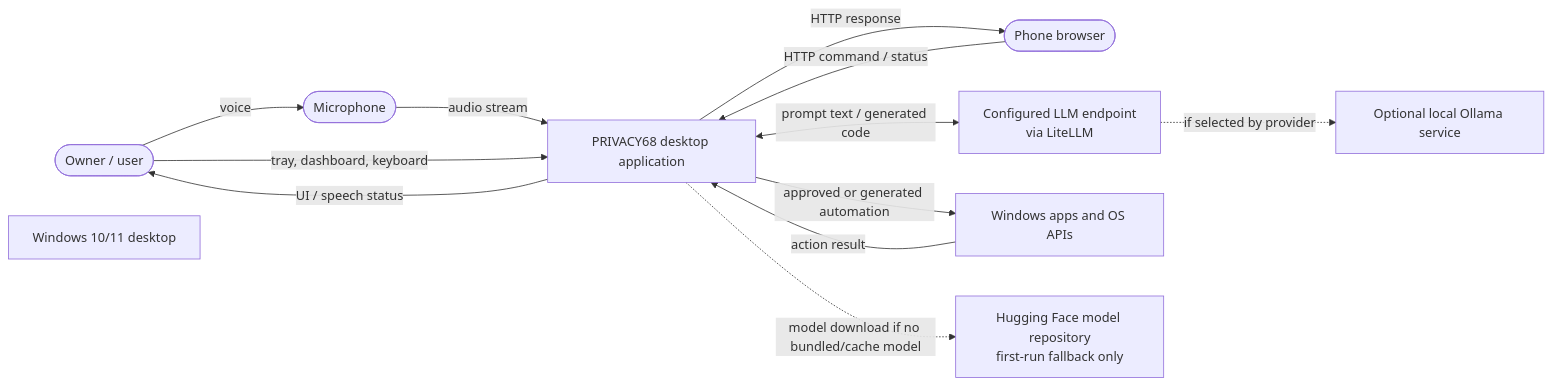
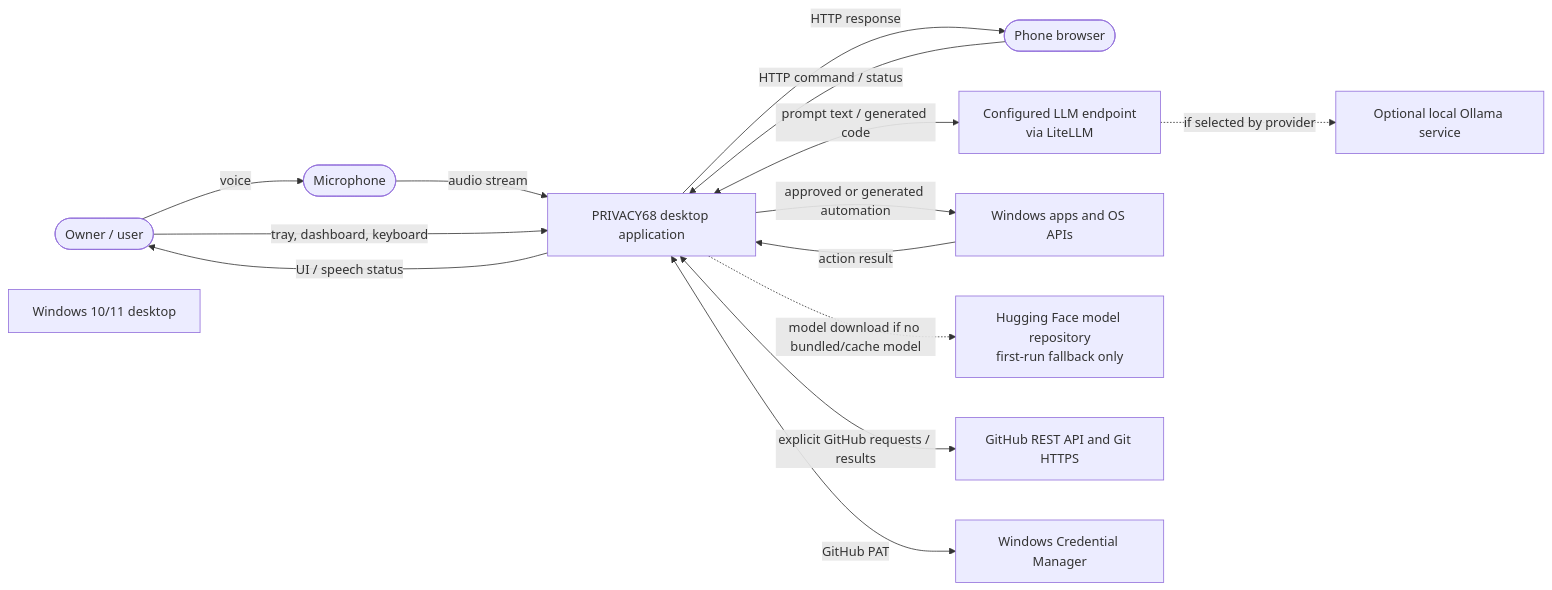
The first of 11 diagrams in PRIVACY68_SDS.md (PRN-6/PRIVACY68), drawn with Mermaid before and after one commit. The commit also changed other lines of this file and 13 other files, not shown here.

Commit message:
feat: add confirmed GitHub integration to dashboard

````diff
--- a/PRIVACY68_SDS.md
+++ b/PRIVACY68_SDS.md
@@ -31,24 +31,28 @@
 ```mermaid
 flowchart LR
     User([Owner / user])
     Phone([Phone browser])
     Mic([Microphone])
     OS[Windows 10/11 desktop]
     App[PRIVACY68 desktop application]
     LLM[Configured LLM endpoint\nvia LiteLLM]
     Ollama[Optional local Ollama service]
     Apps[Windows apps and OS APIs]
     HF[Hugging Face model repository\nfirst-run fallback only]
+    GitHub[GitHub REST API and Git HTTPS]
+    Cred[Windows Credential Manager]
 
     User -->|voice| Mic
     Mic -->|audio stream| App
     User -->|tray, dashboard, keyboard| App
     Phone -->|HTTP command / status| App
     App <-->|prompt text / generated code| LLM
     LLM -.->|if selected by provider| Ollama
+    App <-->|explicit GitHub requests / results| GitHub
+    App <-->|GitHub PAT| Cred
     App -->|approved or generated automation| Apps
     App -.->|model download if no bundled/cache model| HF
     Apps -->|action result| App
     App -->|UI / speech status| User
     App -->|HTTP response| Phone
 ```
````
